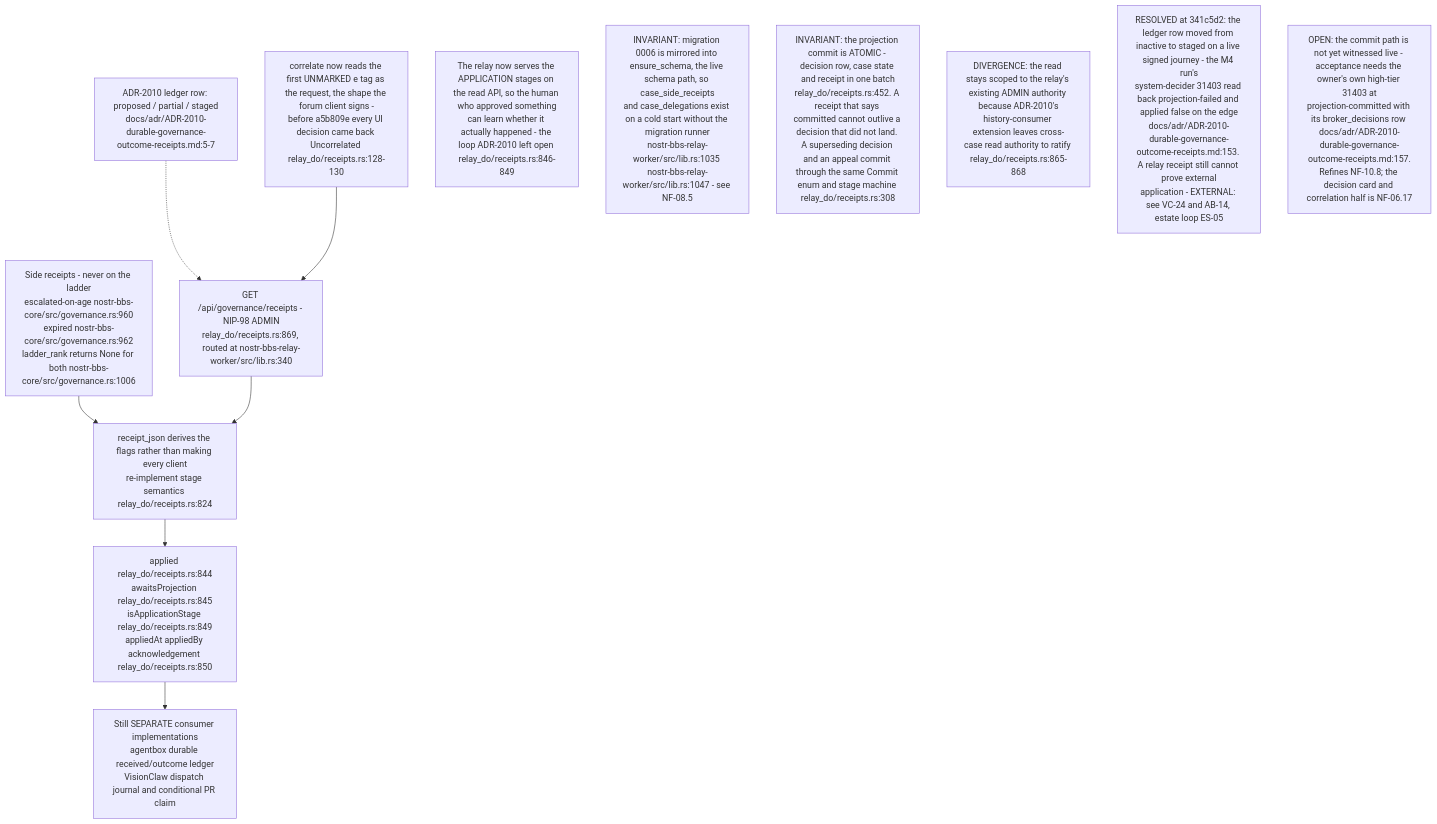
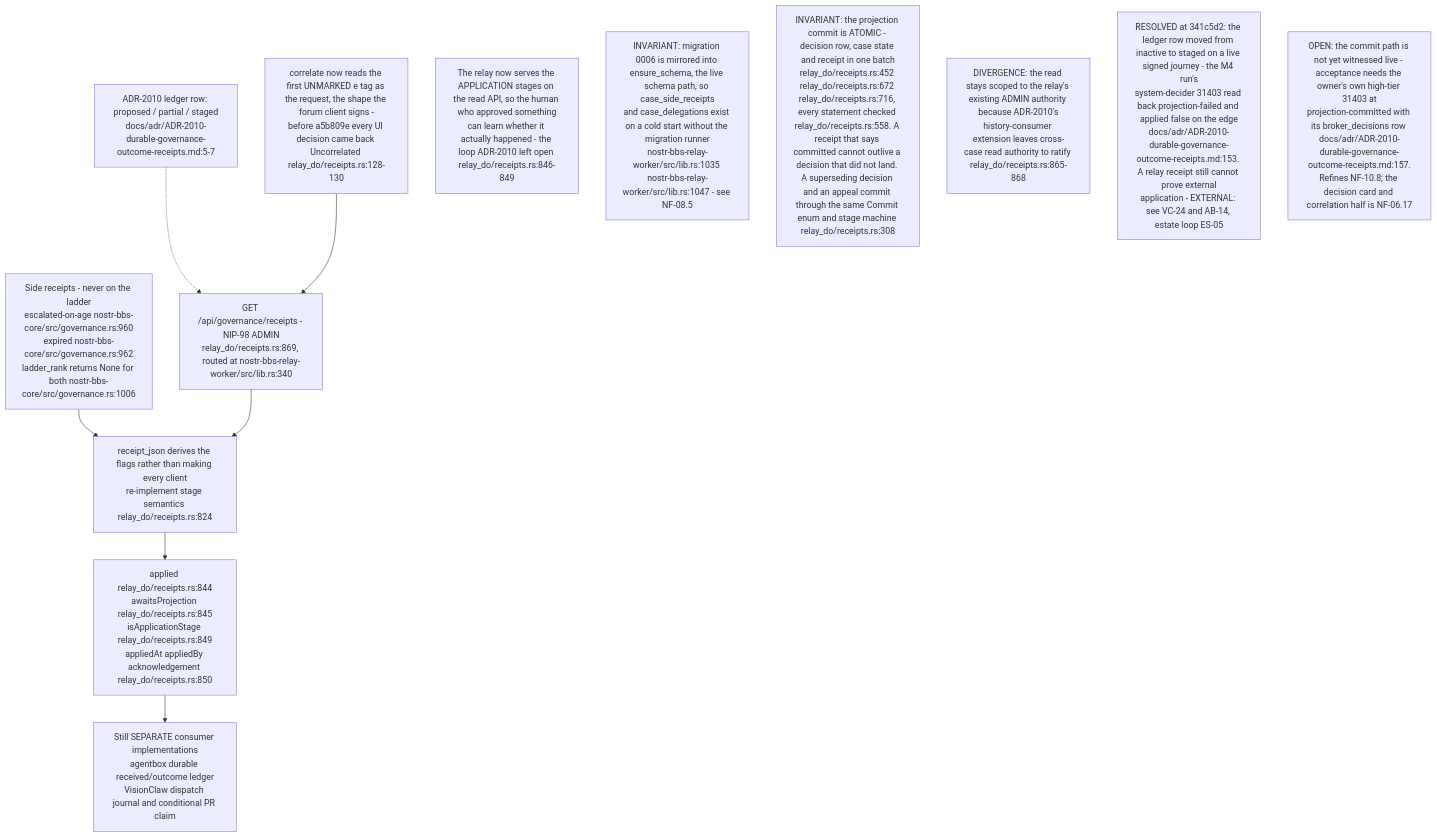
One commit to DreamLab-AI/VisionFlow changed the ninth of 16 diagrams in docs/diagrams/nostr-rust-forum/11-relay-durable-object-internals.md. Above: the diagram before and after it, drawn with Mermaid. The commit also changed other lines of this file and 91 other files, not shown here.

````diff
--- a/docs/diagrams/nostr-rust-forum/11-relay-durable-object-internals.md
+++ b/docs/diagrams/nostr-rust-forum/11-relay-durable-object-internals.md
@@ -307,23 +316,23 @@
 ```mermaid
 flowchart TB
     SIDE["Side receipts - never on the ladder<br/>escalated-on-age nostr-bbs-core/src/governance.rs:960<br/>expired nostr-bbs-core/src/governance.rs:962<br/>ladder_rank returns None for both nostr-bbs-core/src/governance.rs:1006"]
     API["GET /api/governance/receipts - NIP-98 ADMIN<br/>relay_do/receipts.rs:869, routed at nostr-bbs-relay-worker/src/lib.rs:340"]
     JSON["receipt_json derives the flags rather than making every client<br/>re-implement stage semantics relay_do/receipts.rs:824"]
     FLAGS["applied relay_do/receipts.rs:844<br/>awaitsProjection relay_do/receipts.rs:845<br/>isApplicationStage relay_do/receipts.rs:849<br/>appliedAt appliedBy acknowledgement relay_do/receipts.rs:850"]
     LEDGER["ADR-2010 ledger row: proposed / partial / staged<br/>docs/adr/ADR-2010-durable-governance-outcome-receipts.md:5-7"]
     CORR["correlate now reads the first UNMARKED e tag as the request, the shape the forum client signs -<br/>before a5b809e every UI decision came back Uncorrelated relay_do/receipts.rs:128-130"]
     OPEN["Still SEPARATE consumer implementations<br/>agentbox durable received/outcome ledger<br/>VisionClaw dispatch journal and conditional PR claim"]
 
     SIDE --> JSON
     API --> JSON --> FLAGS
     LEDGER -.-> API
     CORR --> API
     FLAGS --> OPEN
 
     N1["The relay now serves the APPLICATION stages on the read API, so the human who approved something<br/>can learn whether it actually happened - the loop ADR-2010 left open relay_do/receipts.rs:846-849"]
     N6["INVARIANT: migration 0006 is mirrored into ensure_schema, the live schema path, so case_side_receipts<br/>and case_delegations exist on a cold start without the migration runner<br/>nostr-bbs-relay-worker/src/lib.rs:1035 nostr-bbs-relay-worker/src/lib.rs:1047 - see NF-08.5"]
-    N2["INVARIANT: the projection commit is ATOMIC - decision row, case state and receipt in one batch<br/>relay_do/receipts.rs:452. A receipt that says committed cannot outlive a decision that did not land. A superseding decision and an appeal commit through the same Commit enum and stage machine relay_do/receipts.rs:308"]
+    N2["INVARIANT: the projection commit is ATOMIC - decision row, case state and receipt in one batch<br/>relay_do/receipts.rs:452 relay_do/receipts.rs:672 relay_do/receipts.rs:716, every statement checked relay_do/receipts.rs:558. A receipt that says committed cannot outlive a decision that did not land. A superseding decision and an appeal commit through the same Commit enum and stage machine relay_do/receipts.rs:308"]
     N3["DIVERGENCE: the read stays scoped to the relay's existing ADMIN authority because ADR-2010's<br/>history-consumer extension leaves cross-case read authority to ratify relay_do/receipts.rs:865-868"]
     N4["RESOLVED at 341c5d2: the ledger row moved from inactive to staged on a live signed journey - the M4 run's<br/>system-decider 31403 read back projection-failed and applied false on the edge<br/>docs/adr/ADR-2010-durable-governance-outcome-receipts.md:153. A relay receipt still cannot prove external<br/>application - EXTERNAL: see VC-24 and AB-14, estate loop ES-05"]
     N5["OPEN: the commit path is not yet witnessed live - acceptance needs the owner's own high-tier 31403 at<br/>projection-committed with its broker_decisions row docs/adr/ADR-2010-durable-governance-outcome-receipts.md:157.<br/>Refines NF-10.8; the decision card and correlation half is NF-06.17"]
 ```
````
